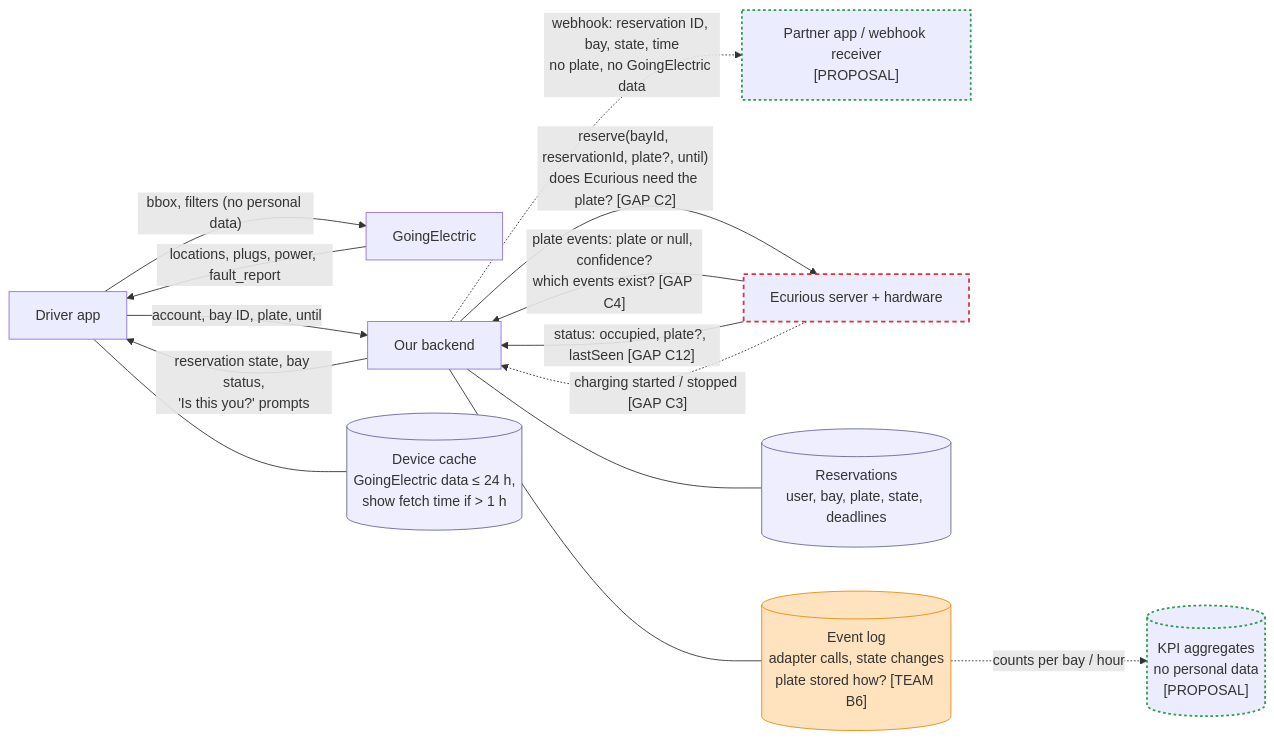
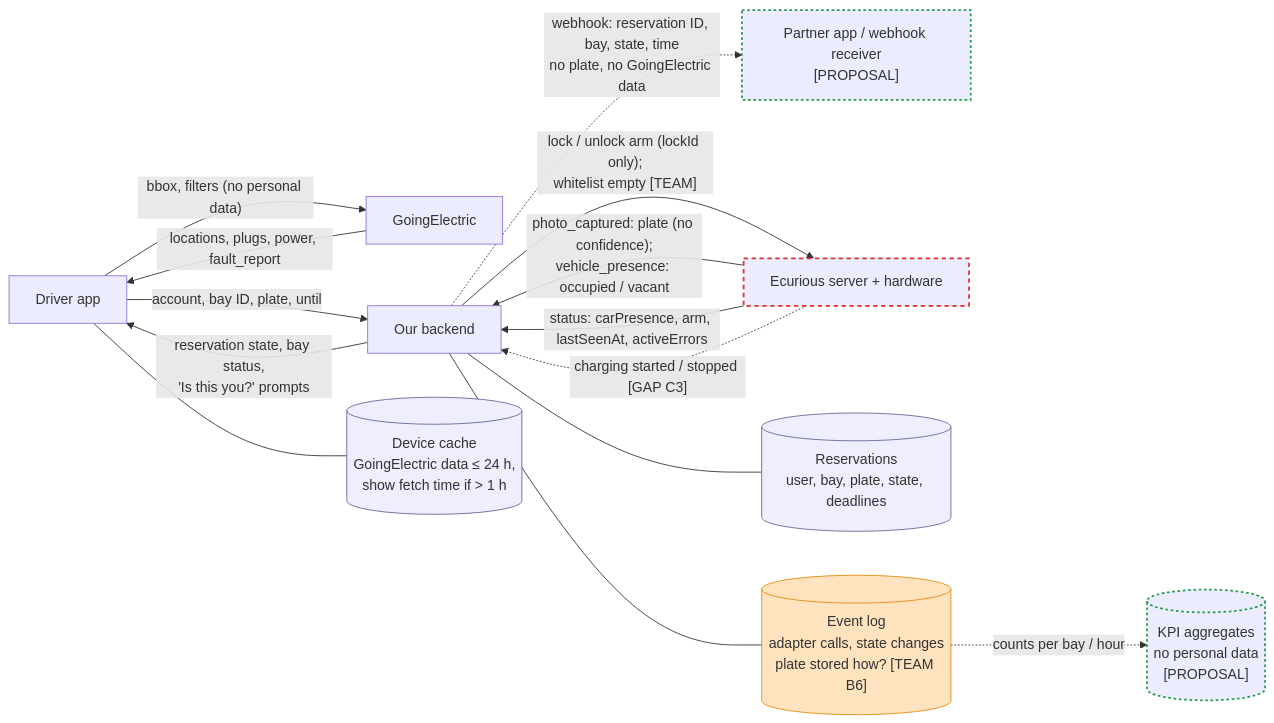
One commit to kkcrafter/VE-curious changed the second of 5 diagrams in docs/design/diagrams.md. Above: the diagram before and after it, drawn with Mermaid. The commit also changed other lines of this file and 2 other files, not shown here.

First line of the commit message:
docs: add Ecurious parking-lock API findings

````diff
--- a/docs/design/diagrams.md
+++ b/docs/design/diagrams.md
@@ -84,34 +84,34 @@
 ```mermaid
 flowchart LR
     classDef gap stroke:#d33,stroke-width:2px,stroke-dasharray:5 4
     classDef team fill:#ffe3bf,stroke:#e8890c
     classDef store fill:#eef,stroke:#669
     classDef prop stroke:#2a9d4b,stroke-width:2px,stroke-dasharray:3 3
 
     app["Driver app"]
     partner["Partner app / webhook receiver<br/>[PROPOSAL]"]:::prop
     kpi[("KPI aggregates<br/>no personal data<br/>[PROPOSAL]")]:::prop
     ge["GoingElectric"]
     be["Our backend"]
     ecu["Ecurious server + hardware"]:::gap
     resv[("Reservations<br/>user, bay, plate, state, deadlines")]:::store
     log[("Event log<br/>adapter calls, state changes<br/>plate stored how? [TEAM B6]")]:::team
     cache[("Device cache<br/>GoingElectric data ≤ 24 h,<br/>show fetch time if > 1 h")]:::store
 
     app -- "bbox, filters (no personal data)" --> ge
     ge -- "locations, plugs, power, fault_report" --> app
     app --- cache
 
     app -- "account, bay ID, plate, until" --> be
     be -- "reservation state, bay status,<br/>'Is this you?' prompts" --> app
     be --- resv
     be --- log
 
-    be -- "reserve(bayId, reservationId, plate?, until)<br/>does Ecurious need the plate? [GAP C2]" --> ecu
-    ecu -- "plate events: plate or null, confidence?<br/>which events exist? [GAP C4]" --> be
-    ecu -- "status: occupied, plate?, lastSeen [GAP C12]" --> be
+    be -- "lock / unlock arm (lockId only);<br/>whitelist empty [TEAM]" --> ecu
+    ecu -- "photo_captured: plate (no confidence);<br/>vehicle_presence: occupied / vacant" --> be
+    ecu -- "status: carPresence, arm, lastSeenAt, activeErrors" --> be
     ecu -. "charging started / stopped [GAP C3]" .-> be
 
     be -. "webhook: reservation ID, bay, state, time<br/>no plate, no GoingElectric data" .-> partner
     log -. "counts per bay / hour" .-> kpi
 ```
````
